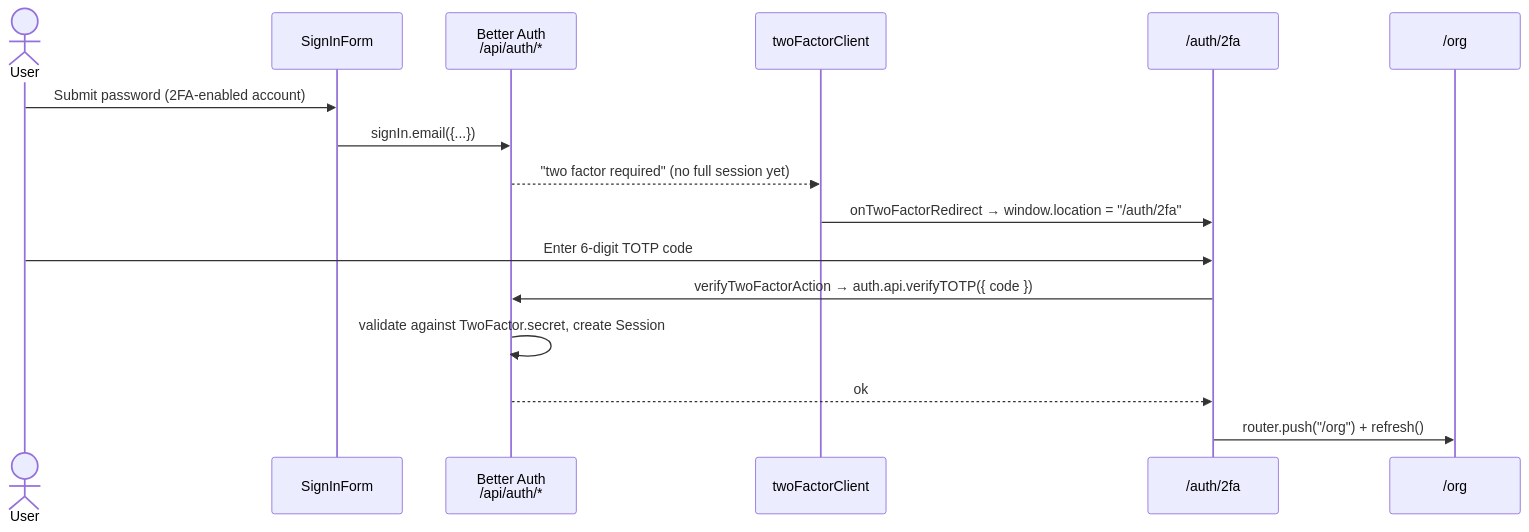
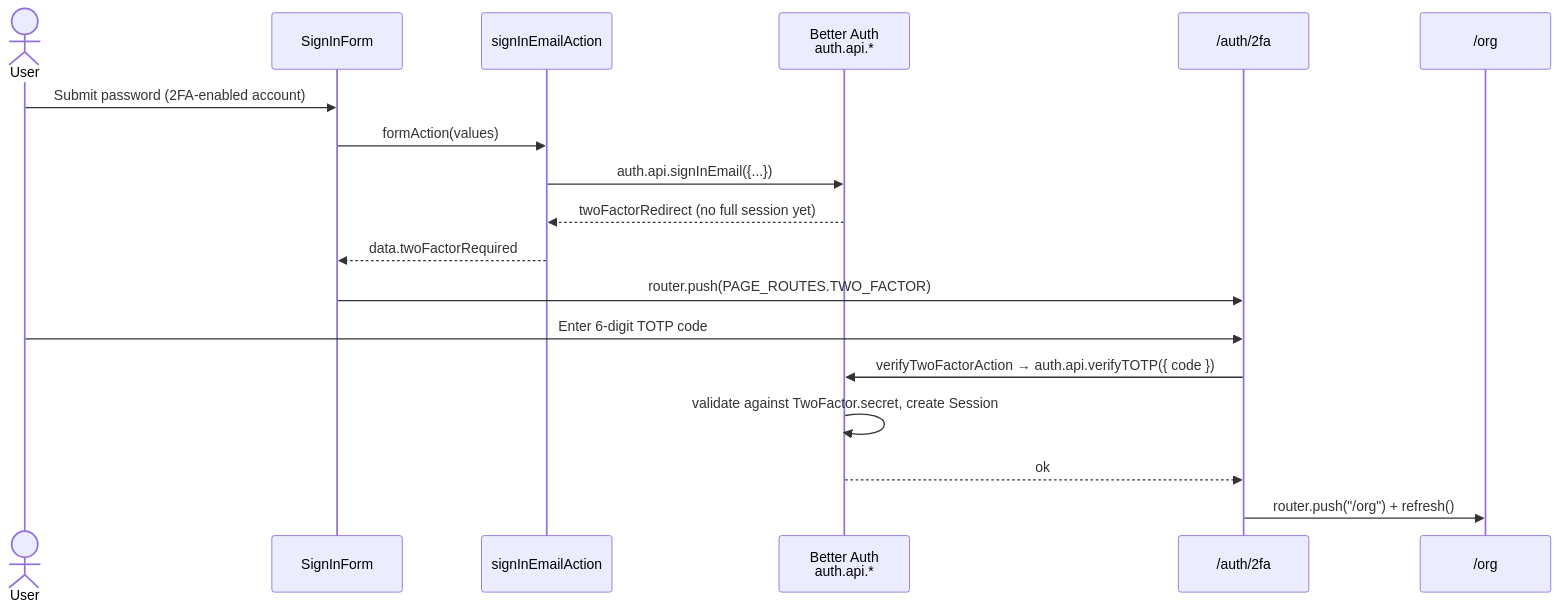
The diagram in docs/content/docs/authentication/two-factor.mdx (saasprokit-com/saasprokit), drawn with Mermaid before and after one commit. The commit also changed other lines of this file and 47 other files, not shown here.

````diff
--- a/docs/content/docs/authentication/two-factor.mdx
+++ b/docs/content/docs/authentication/two-factor.mdx
@@ -79,19 +75,21 @@
 ```mermaid
 sequenceDiagram
     actor User
     participant SignIn as SignInForm
-    participant BA as Better Auth<br/>/api/auth/*
-    participant Client as twoFactorClient
+    participant Action as signInEmailAction
+    participant BA as Better Auth<br/>auth.api.*
     participant TFA as /auth/2fa
     participant Org as /org
 
     User->>SignIn: Submit password (2FA-enabled account)
-    SignIn->>BA: signIn.email({...})
-    BA-->>Client: "two factor required" (no full session yet)
-    Client->>TFA: onTwoFactorRedirect → window.location = "/auth/2fa"
+    SignIn->>Action: formAction(values)
+    Action->>BA: auth.api.signInEmail({...})
+    BA-->>Action: twoFactorRedirect (no full session yet)
+    Action-->>SignIn: data.twoFactorRequired
+    SignIn->>TFA: router.push(PAGE_ROUTES.TWO_FACTOR)
     User->>TFA: Enter 6-digit TOTP code
     TFA->>BA: verifyTwoFactorAction → auth.api.verifyTOTP({ code })
     BA->>BA: validate against TwoFactor.secret, create Session
     BA-->>TFA: ok
     TFA->>Org: router.push("/org") + refresh()
 ```
````
